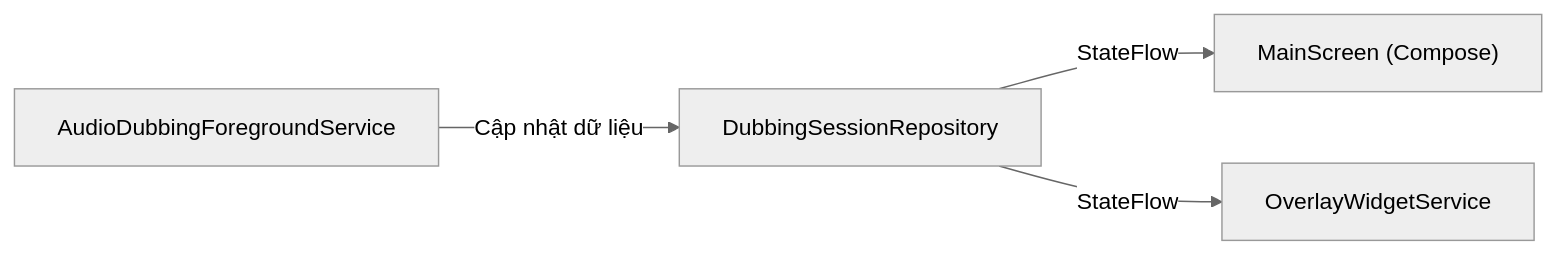
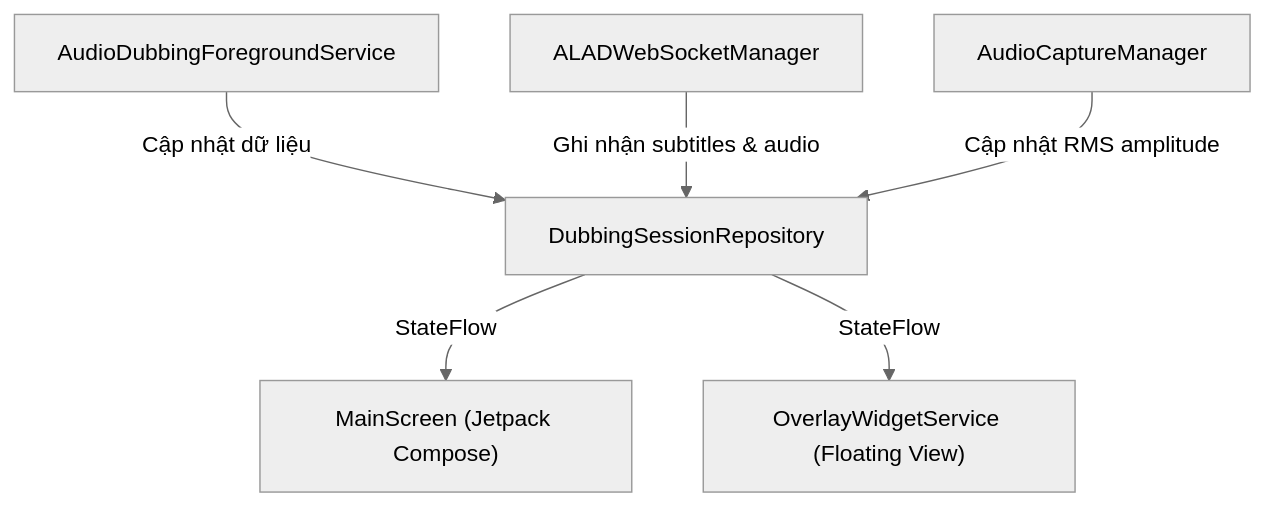
One commit to ivluca/iva-live-translate changed the diagram in wiki/data-and-state.md. Above: the diagram before and after it, drawn with Mermaid (neutral theme). The commit also changed other lines of this file and 2 other files, not shown here.

````diff
--- a/wiki/data-and-state.md
+++ b/wiki/data-and-state.md
@@ -13,6 +13,9 @@
 ```mermaid
-flowchart LR
+flowchart TD
     Service["AudioDubbingForegroundService"] -->|Cập nhật dữ liệu| SessionRepo["DubbingSessionRepository"]
-    SessionRepo -->|StateFlow| MainScreen["MainScreen (Compose)"]
-    SessionRepo -->|StateFlow| OverlayWidget["OverlayWidgetService"]
+    WebSocket["ALADWebSocketManager"] -->|Ghi nhận subtitles & audio| SessionRepo
+    Capture["AudioCaptureManager"] -->|Cập nhật RMS amplitude| SessionRepo
+
+    SessionRepo -->|StateFlow| MainUI["MainScreen (Jetpack Compose)"]
+    SessionRepo -->|StateFlow| OverlayUI["OverlayWidgetService (Floating View)"]
 ```
````
